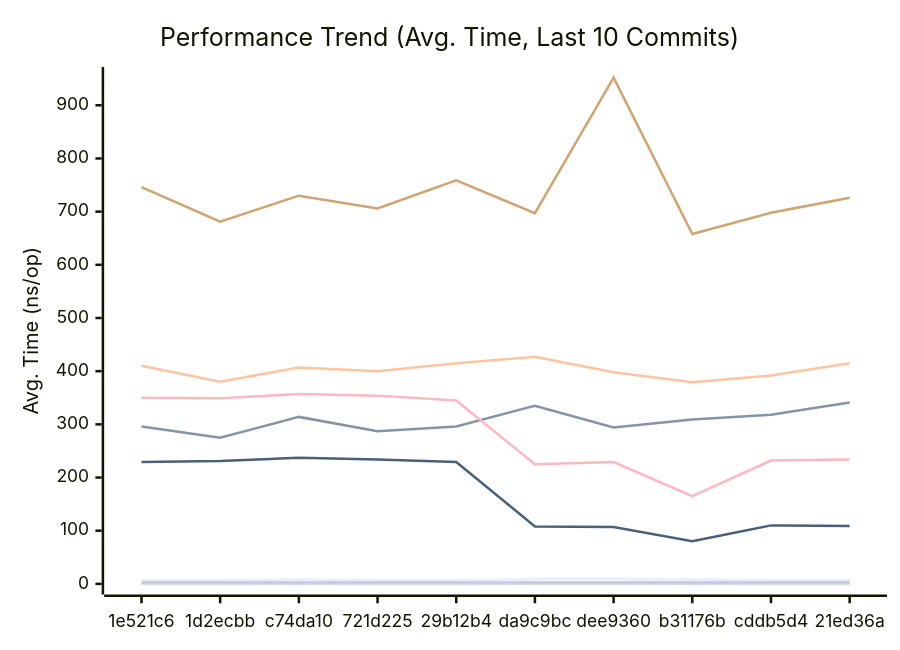
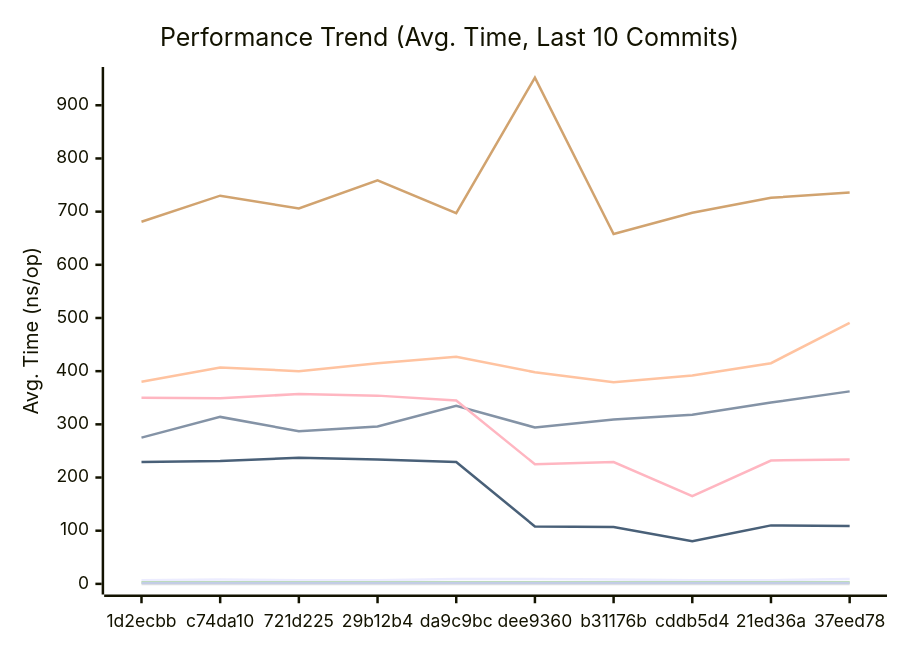
One commit to alsotoes/momo changed the first of 3 diagrams in docs/PERFORMANCE.md. Above: the diagram before and after it, drawn with Mermaid. The commit also changed other lines of this file and 2 other files, not shown here.

````diff
--- a/docs/PERFORMANCE.md
+++ b/docs/PERFORMANCE.md
@@ -81,16 +80,16 @@
 ```mermaid
 xychart-beta
     title "Performance Trend (Avg. Time, Last 10 Commits)"
     x-axis "Commit"
     y-axis "Avg. Time (ns/op)"
-    x-axis [1e521c6,1d2ecbb,c74da10,721d225,29b12b4,da9c9bc,dee9360,b31176b,cddb5d4,21ed36a]
-    line "CheckMetricsAndSwap" [7,7,8,7,7,9,9,8,7,7]
-    line "CrushOptimized" [296,275,314,287,296,335,294,309,318,341]
-    line "CrushOriginal" [410,380,407,400,415,427,398,379,392,415]
+    x-axis [1d2ecbb,c74da10,721d225,29b12b4,da9c9bc,dee9360,b31176b,cddb5d4,21ed36a,37eed78]
+    line "CheckMetricsAndSwap" [7,8,7,7,9,9,8,7,7,9]
+    line "CrushOptimized" [275,314,287,296,335,294,309,318,341,362]
+    line "CrushOriginal" [380,407,400,415,427,398,379,392,415,491]
     line "IndexDirectTracking" [0,0,0,0,0,0,0,0,0,0]
     line "IndexSearch" [3,3,3,3,3,3,3,3,3,3]
-    line "LoadGlobalConfig" [746,681,730,706,759,697,952,658,698,726]
+    line "LoadGlobalConfig" [681,730,706,759,697,952,658,698,726,736]
     line "PadString" [2,2,2,2,2,2,2,2,2,2]
     line "ParseReplicationOrder_NoPrealloc" [350,349,357,354,345,225,229,165,232,234]
     line "ParseReplicationOrder_Prealloc" [229,231,237,234,229,108,107,80,110,109]
 ```
````
